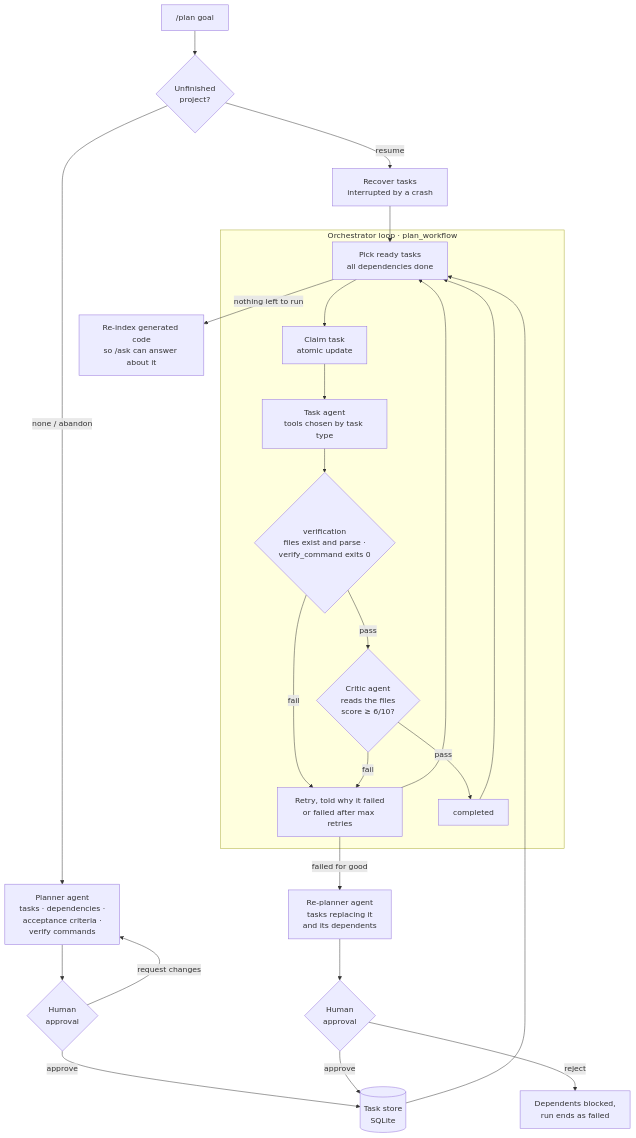
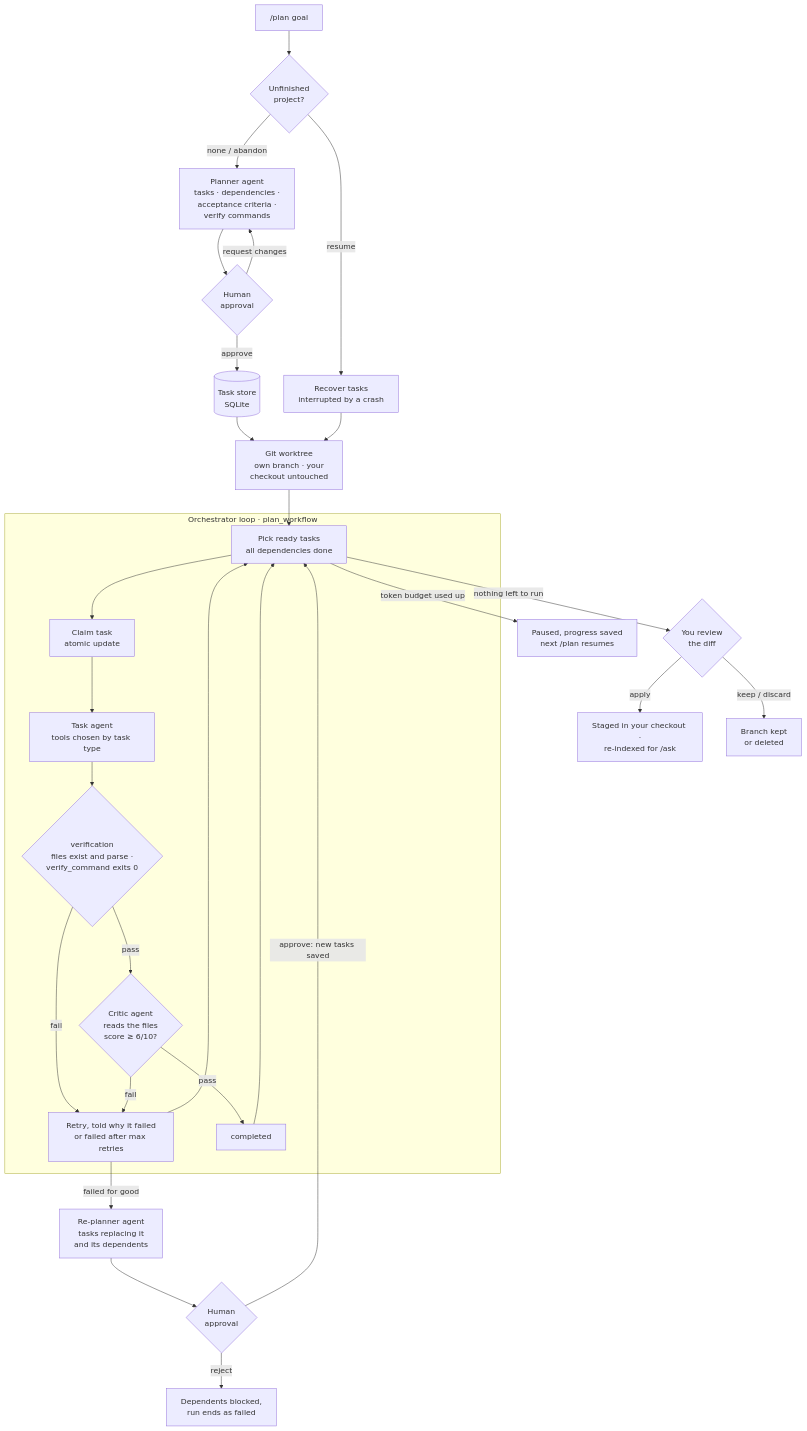
One commit to Parth-Babariya/RepoPilot changed the sixth of 10 diagrams in README.md. Above: the diagram before and after it, drawn with Mermaid. The commit also changed other lines of this file and 27 other files, not shown here.

````diff
--- a/README.md
+++ b/README.md
@@ -274,29 +296,33 @@
 ```mermaid
 flowchart TD
     goal["/plan goal"] --> exists{"Unfinished<br/>project?"}
     exists -- "resume" --> recover["Recover tasks<br/>interrupted by a crash"]
     exists -- "none / abandon" --> planner["Planner agent<br/>tasks · dependencies ·<br/>acceptance criteria ·<br/>verify commands"]
     planner --> approve{"Human<br/>approval"}
     approve -- "request changes" --> planner
     approve -- "approve" --> store[("Task store<br/>SQLite")]
-    store --> ready
-    recover --> ready
+    store --> wt["Git worktree<br/>own branch · your<br/>checkout untouched"]
+    recover --> wt
+    wt --> ready
 
     subgraph orchestrator["Orchestrator loop · plan_workflow"]
         ready["Pick ready tasks<br/>all dependencies done"] --> claim["Claim task<br/>atomic update"]
         claim --> worker["Task agent<br/>tools chosen by task type"]
         worker --> checks{"verification<br/>files exist and parse ·<br/>verify_command exits 0"}
         checks -- "pass" --> judge{"Critic agent<br/>reads the files<br/>score ≥ 6/10?"}
         checks -- "fail" --> retry["Retry, told why it failed<br/>or failed after max retries"]
         judge -- "pass" --> done["completed"]
         judge -- "fail" --> retry
         retry --> ready
         done --> ready
     end
 
     retry -- "failed for good" --> replan["Re-planner agent<br/>tasks replacing it<br/>and its dependents"]
     replan --> approve2{"Human<br/>approval"}
-    approve2 -- "approve" --> store
+    approve2 -- "approve: new tasks saved" --> ready
     approve2 -- "reject" --> blocked["Dependents blocked,<br/>run ends as failed"]
-    ready -- "nothing left to run" --> reindex["Re-index generated code<br/>so /ask can answer about it"]
+    ready -- "token budget used up" --> paused["Paused, progress saved<br/>next /plan resumes"]
+    ready -- "nothing left to run" --> review{"You review<br/>the diff"}
+    review -- "apply" --> reindex["Staged in your checkout ·<br/>re-indexed for /ask"]
+    review -- "keep / discard" --> kept["Branch kept<br/>or deleted"]
 ```
````
